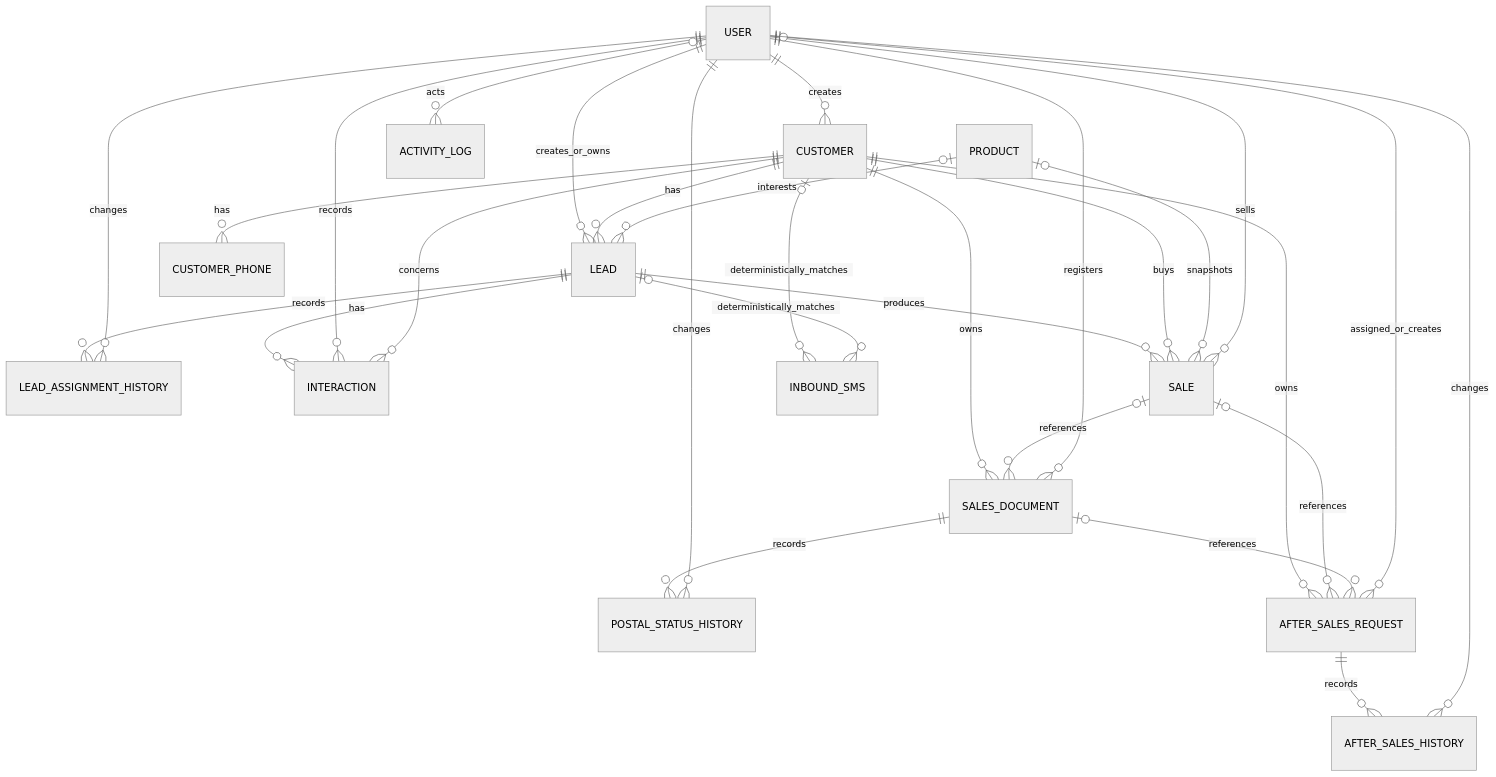
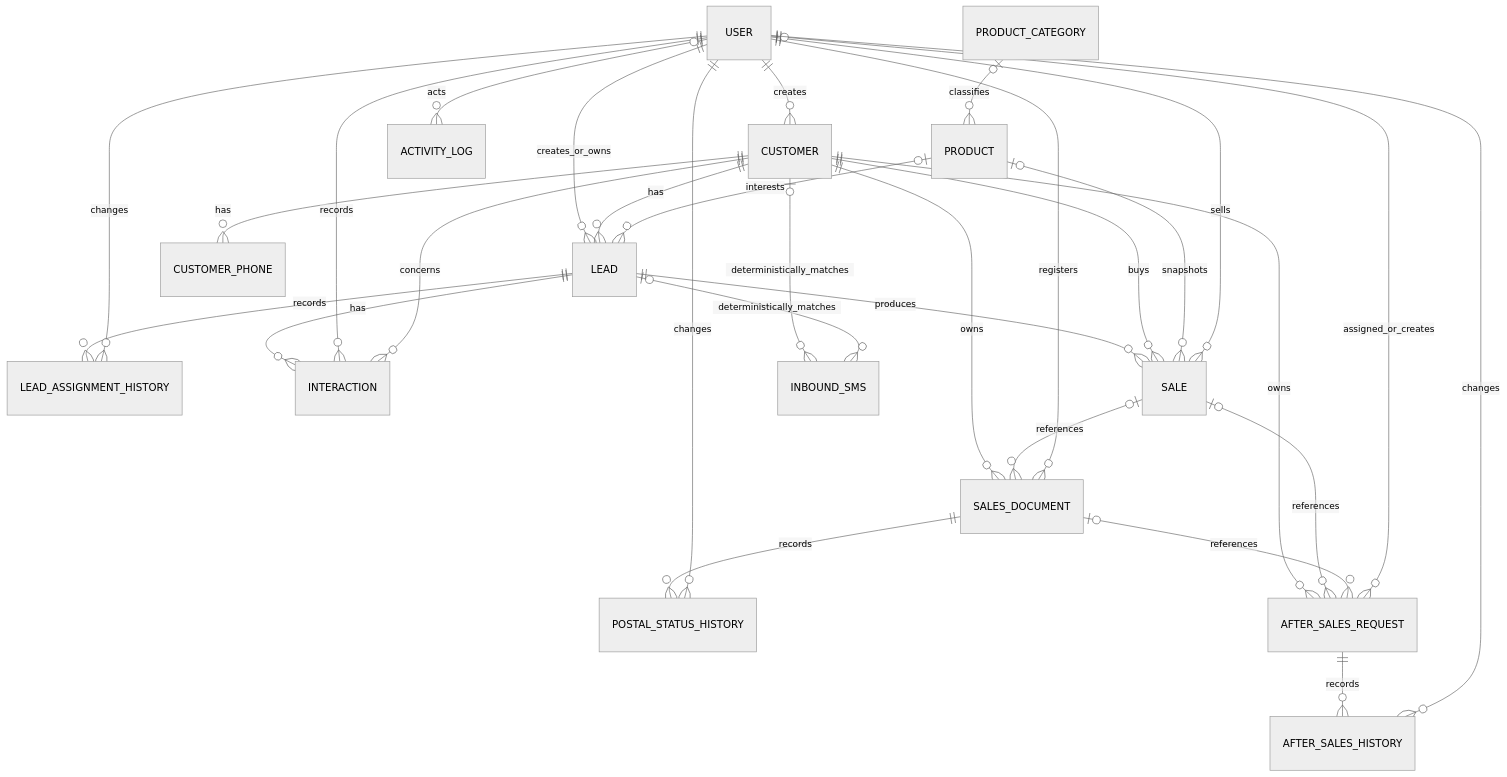
Before and after one commit to Ilia-Shakeri/Dolphin: the diagram in docs/backend/ERD.mmd, drawn with Mermaid (neutral theme). The commit also changed 32 other files, not shown here.

First line of the commit message:
feat: add product category management

```diff
--- a/docs/backend/ERD.mmd
+++ b/docs/backend/ERD.mmd
@@ -1,29 +1,30 @@
 erDiagram
     USER ||--o{ CUSTOMER : creates
     USER ||--o{ LEAD : creates_or_owns
     CUSTOMER ||--o{ CUSTOMER_PHONE : has
     CUSTOMER ||--o{ LEAD : has
+    PRODUCT_CATEGORY o|--o{ PRODUCT : classifies
     PRODUCT o|--o{ LEAD : interests
     LEAD ||--o{ LEAD_ASSIGNMENT_HISTORY : records
     USER ||--o{ LEAD_ASSIGNMENT_HISTORY : changes
     LEAD ||--o{ INTERACTION : has
     USER ||--o{ INTERACTION : records
     CUSTOMER ||--o{ INTERACTION : concerns
     LEAD ||--o{ SALE : produces
     CUSTOMER ||--o{ SALE : buys
     PRODUCT o|--o{ SALE : snapshots
     USER ||--o{ SALE : sells
     CUSTOMER ||--o{ SALES_DOCUMENT : owns
     SALE o|--o{ SALES_DOCUMENT : references
     USER ||--o{ SALES_DOCUMENT : registers
     SALES_DOCUMENT ||--o{ POSTAL_STATUS_HISTORY : records
     USER ||--o{ POSTAL_STATUS_HISTORY : changes
     CUSTOMER ||--o{ AFTER_SALES_REQUEST : owns
     SALE o|--o{ AFTER_SALES_REQUEST : references
     SALES_DOCUMENT o|--o{ AFTER_SALES_REQUEST : references
     USER o|--o{ AFTER_SALES_REQUEST : assigned_or_creates
     AFTER_SALES_REQUEST ||--o{ AFTER_SALES_HISTORY : records
     USER ||--o{ AFTER_SALES_HISTORY : changes
     USER o|--o{ ACTIVITY_LOG : acts
     CUSTOMER o|--o{ INBOUND_SMS : deterministically_matches
     LEAD o|--o{ INBOUND_SMS : deterministically_matches
```
